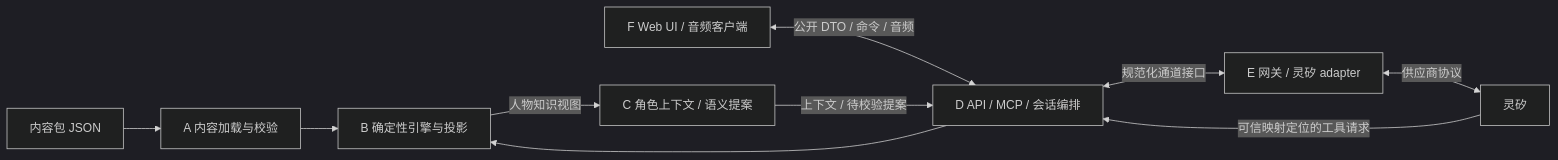
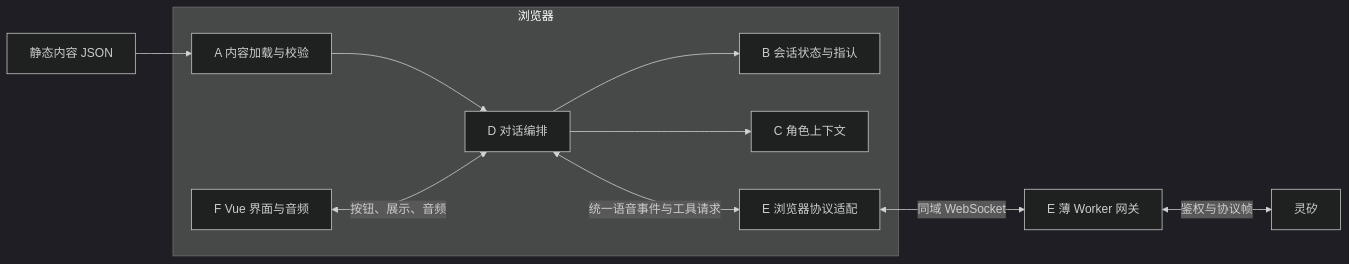
The diagram in docs/architecture.md (nighca/lie), drawn with Mermaid (dark theme) before and after one commit. The commit also changed other lines of this file and 1 other file, not shown here.

Commit message:
docs: simplify architecture around text-based voice interrogation

````diff
--- a/docs/architecture.md
+++ b/docs/architecture.md
@@ -45,12 +67,13 @@
 ```mermaid
 flowchart LR
-    Pack["内容包 JSON"] --> A["A 内容加载与校验"]
-    A --> B["B 确定性引擎与投影"]
-    F["F Web UI / 音频客户端"] <-->|"公开 DTO / 命令 / 音频"| D["D API / MCP / 会话编排"]
-    D --> B
-    B -->|"人物知识视图"| C["C 角色上下文 / 语义提案"]
-    C -->|"上下文 / 待校验提案"| D
-    D <-->|"规范化通道接口"| E["E 网关 / 灵矽 adapter"]
-    E <-->|"供应商协议"| Linx["灵矽"]
-    Linx -->|"可信映射定位的工具请求"| D
+    Pack["静态内容 JSON"] --> A
+    subgraph Browser["浏览器"]
+        A["A 内容加载与校验"] --> D["D 对话编排"]
+        D --> B["B 会话状态与指认"]
+        D --> C["C 角色上下文"]
+        F["F Vue 界面与音频"] <-->|"按钮、展示、音频"| D
+        D <-->|"统一语音事件与工具请求"| Adapter["E 浏览器协议适配"]
+    end
+    Adapter <-->|"同域 WebSocket"| Worker["E 薄 Worker 网关"]
+    Worker <-->|"鉴权与协议帧"| Linx["灵矽"]
 ```
````
